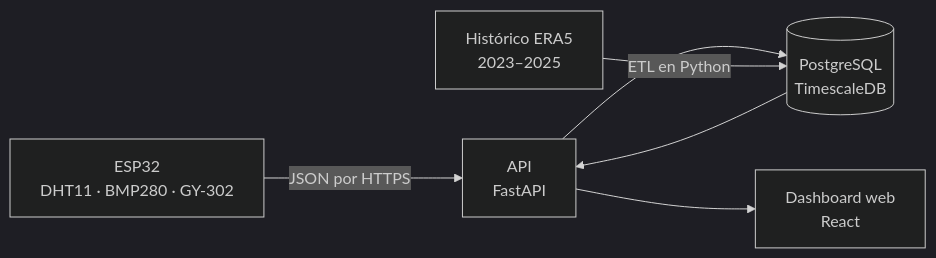
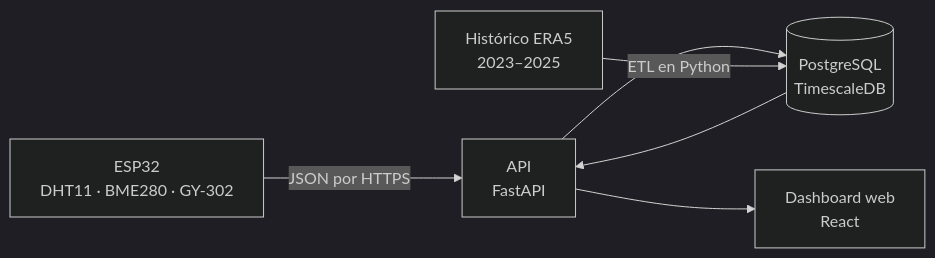
Before and after one commit to MicroclimaticoQueretaro/monitoreo-microclimatico-queretaro: the diagram in README.md, drawn with Mermaid (dark theme). The commit also changed other lines of this file and 14 other files, not shown here.

Commit message:
feat: firmware del ESP32 con envío de lecturas a la API

````diff
--- a/README.md
+++ b/README.md
@@ -26,8 +26,8 @@
 ```mermaid
 flowchart LR
-    A["ESP32<br/>DHT11 · BMP280 · GY-302"] -- "JSON por HTTPS" --> B["API<br/>FastAPI"]
+    A["ESP32<br/>DHT11 · BME280 · GY-302"] -- "JSON por HTTPS" --> B["API<br/>FastAPI"]
     B --> C[("PostgreSQL<br/>TimescaleDB")]
     D["Histórico ERA5<br/>2023–2025"] -- "ETL en Python" --> C
     C --> B
     B --> E["Dashboard web<br/>React"]
 ```
````
